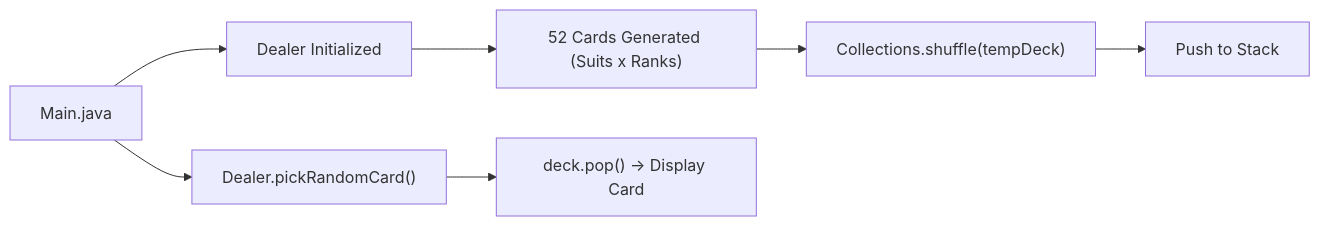
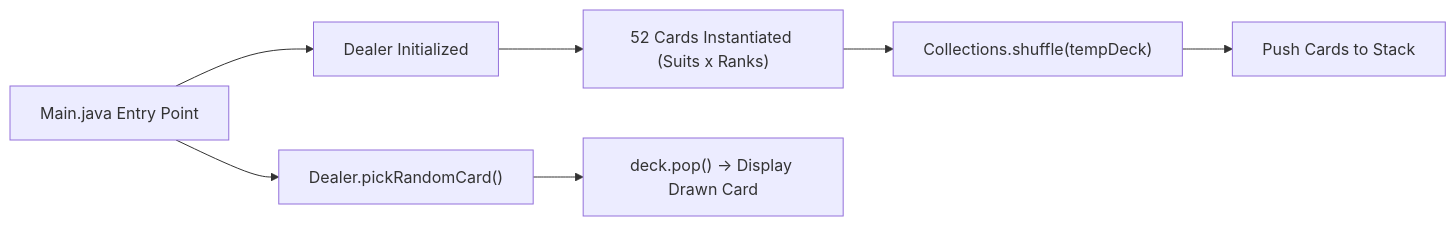
Before and after one commit to prakruthidevanga/Cardgame-repo: the diagram in README.md, drawn with Mermaid. The commit also changed other lines of this file, not shown here.

Commit message:
docs: modernize README with crimson waving banner, stack workflow diagram, and structured TOC

````diff
--- a/README.md
+++ b/README.md
@@ -20,9 +76,9 @@
 ```mermaid
 flowchart LR
-    A["Main.java"] --> B["Dealer Initialized"]
-    B --> C["52 Cards Generated (Suits x Ranks)"]
+    A["Main.java Entry Point"] --> B["Dealer Initialized"]
+    B --> C["52 Cards Instantiated (Suits x Ranks)"]
     C --> D["Collections.shuffle(tempDeck)"]
-    D --> E["Push to Stack<Card>"]
+    D --> E["Push Cards to Stack<Card>"]
     A --> F["Dealer.pickRandomCard()"]
-    F --> G["deck.pop() -> Display Card"]
+    F --> G["deck.pop() -> Display Drawn Card"]
 ```
````
